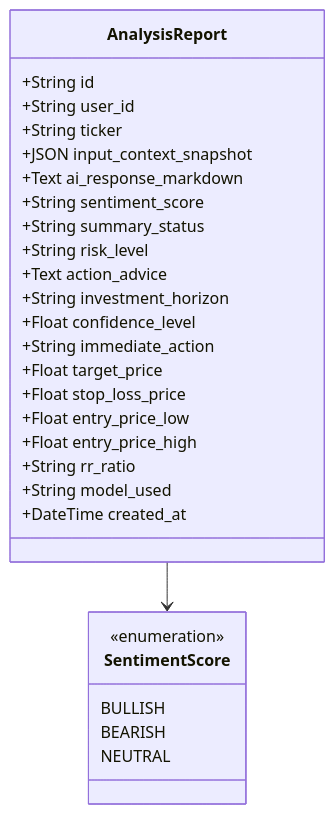
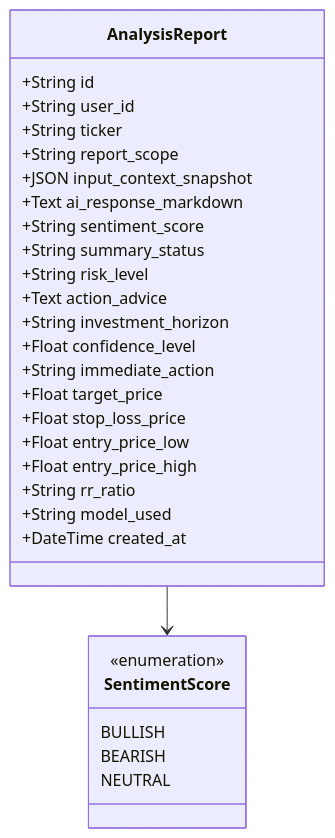
Diagram 11 of 15 in .qoder/repowiki/zh/content/数据库设计/数据库模式增强.md (breeze-lyf/ai-stock-advisor), drawn with Mermaid before and after one commit. The commit also changed other lines of this file and 30 other files, not shown here.

````diff
--- a/.qoder/repowiki/zh/content/数据库设计/数据库模式增强.md
+++ b/.qoder/repowiki/zh/content/数据库设计/数据库模式增强.md
@@ -609,31 +622,32 @@
 ```mermaid
 classDiagram
 class AnalysisReport {
 +String id
 +String user_id
 +String ticker
++String report_scope
 +JSON input_context_snapshot
 +Text ai_response_markdown
 +String sentiment_score
 +String summary_status
 +String risk_level
 +Text action_advice
 +String investment_horizon
 +Float confidence_level
 +String immediate_action
 +Float target_price
 +Float stop_loss_price
 +Float entry_price_low
 +Float entry_price_high
 +String rr_ratio
 +String model_used
 +DateTime created_at
 }
 class SentimentScore {
 <<enumeration>>
 BULLISH
 BEARISH
 NEUTRAL
 }
 AnalysisReport --> SentimentScore
 ```
````
